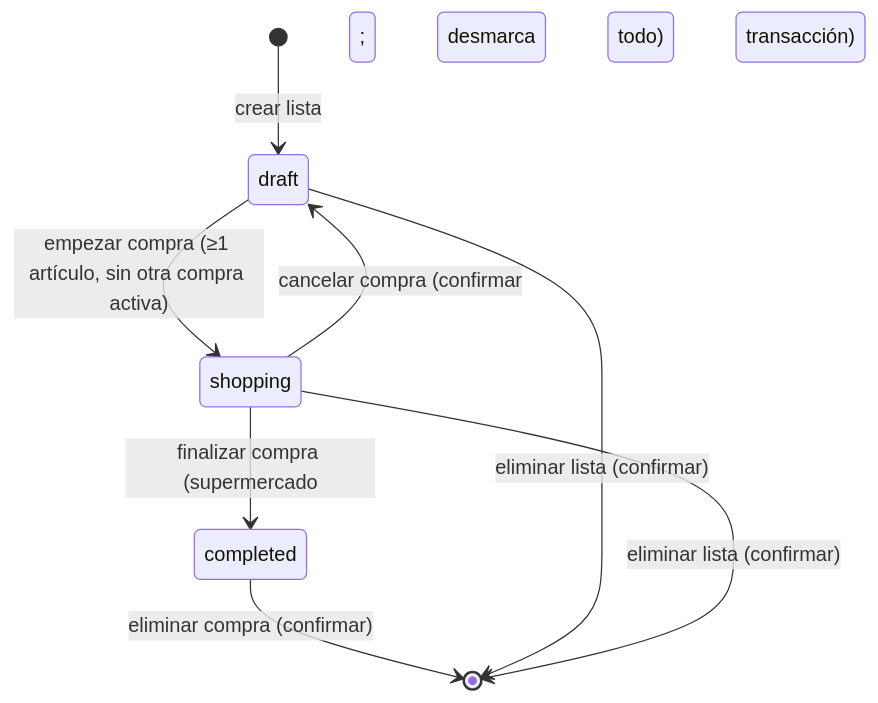
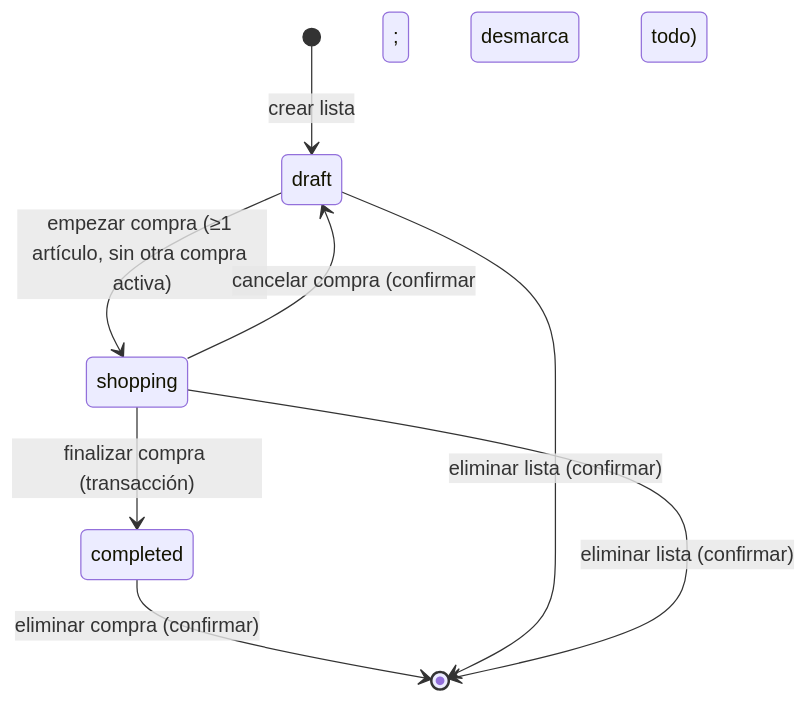
The diagram in docs/01-producto-y-alcance.md (JuanReyesVazquez23/Listapp), drawn with Mermaid before and after one commit. The commit also changed other lines of this file and 6 other files, not shown here.

````diff
--- a/docs/01-producto-y-alcance.md
+++ b/docs/01-producto-y-alcance.md
@@ -113,10 +113,10 @@
 ```mermaid
 stateDiagram-v2
   [*] --> draft: crear lista
   draft --> shopping: empezar compra (≥1 artículo, sin otra compra activa)
   shopping --> draft: cancelar compra (confirmar; desmarca todo)
-  shopping --> completed: finalizar compra (supermercado; transacción)
+  shopping --> completed: finalizar compra (transacción)
   completed --> [*]: eliminar compra (confirmar)
   draft --> [*]: eliminar lista (confirmar)
   shopping --> [*]: eliminar lista (confirmar)
 ```
````
